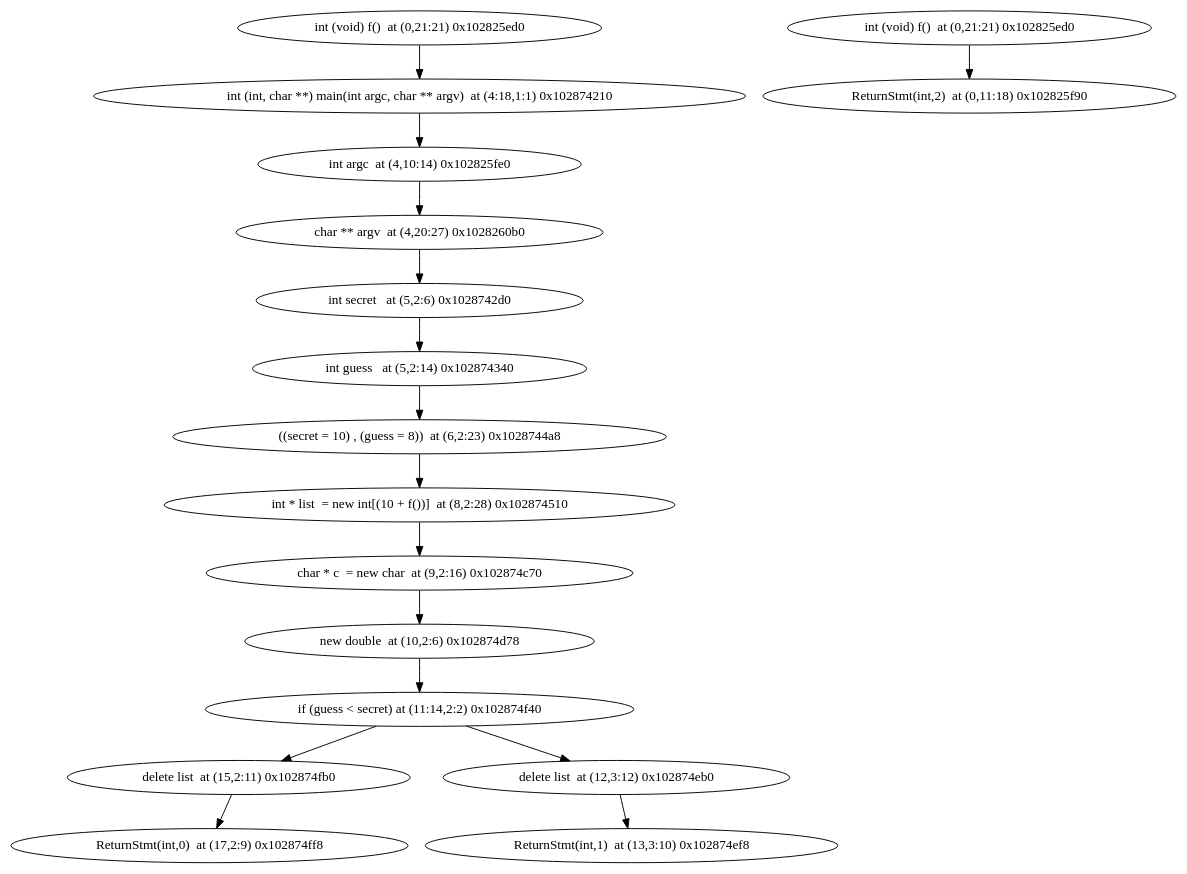
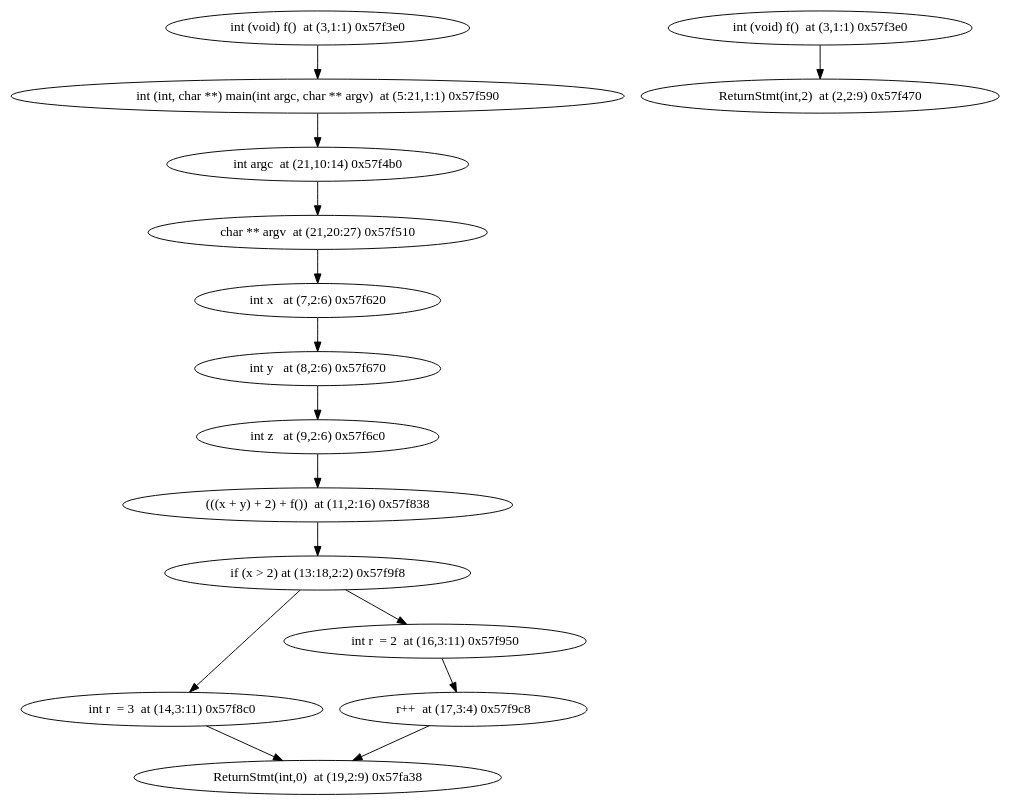
One commit to jxw1102/Projet-merou changed the diagram in ModelChecker/unitary_tests/Model_checker/test.dot. Above: the diagram before and after it, drawn with Graphviz. The commit also changed 10 other files, not shown here.

```diff
--- a/ModelChecker/unitary_tests/Model_checker/test.dot
+++ b/ModelChecker/unitary_tests/Model_checker/test.dot
@@ -1,20 +1,19 @@
 digraph {
-{main0x102825ed0 [label="int (void) f()  at (0,21:21) 0x102825ed0"]} -> {main0x102874210 [label="int (int, char **) main(int argc, char ** argv)  at (4:18,1:1) 0x102874210"]}
-{main0x102874210 [label="int (int, char **) main(int argc, char ** argv)  at (4:18,1:1) 0x102874210"]} -> {main0x102825fe0 [label="int argc  at (4,10:14) 0x102825fe0"]}
-{main0x102825fe0 [label="int argc  at (4,10:14) 0x102825fe0"]} -> {main0x1028260b0 [label="char ** argv  at (4,20:27) 0x1028260b0"]}
-{main0x1028260b0 [label="char ** argv  at (4,20:27) 0x1028260b0"]} -> {main0x1028742d0 [label="int secret   at (5,2:6) 0x1028742d0"]}
-{main0x1028742d0 [label="int secret   at (5,2:6) 0x1028742d0"]} -> {main0x102874340 [label="int guess   at (5,2:14) 0x102874340"]}
-{main0x102874340 [label="int guess   at (5,2:14) 0x102874340"]} -> {main0x1028744a8 [label="((secret = 10) , (guess = 8))  at (6,2:23) 0x1028744a8"]}
-{main0x1028744a8 [label="((secret = 10) , (guess = 8))  at (6,2:23) 0x1028744a8"]} -> {main0x102874510 [label="int * list  = new int[(10 + f())]  at (8,2:28) 0x102874510"]}
-{main0x102874510 [label="int * list  = new int[(10 + f())]  at (8,2:28) 0x102874510"]} -> {main0x102874c70 [label="char * c  = new char  at (9,2:16) 0x102874c70"]}
-{main0x102874c70 [label="char * c  = new char  at (9,2:16) 0x102874c70"]} -> {main0x102874d78 [label="new double  at (10,2:6) 0x102874d78"]}
-{main0x102874d78 [label="new double  at (10,2:6) 0x102874d78"]} -> {main0x102874f40 [label="if (guess < secret) at (11:14,2:2) 0x102874f40"]}
-{main0x102874f40 [label="if (guess < secret) at (11:14,2:2) 0x102874f40"]} -> {main0x102874fb0 [label="delete list  at (15,2:11) 0x102874fb0"]}
-{main0x102874f40 [label="if (guess < secret) at (11:14,2:2) 0x102874f40"]} -> {main0x102874eb0 [label="delete list  at (12,3:12) 0x102874eb0"]}
-{main0x102874fb0 [label="delete list  at (15,2:11) 0x102874fb0"]} -> {main0x102874ff8 [label="ReturnStmt(int,0)  at (17,2:9) 0x102874ff8"]}
-{main0x102874ff8 [label="ReturnStmt(int,0)  at (17,2:9) 0x102874ff8"]}
-{main0x102874eb0 [label="delete list  at (12,3:12) 0x102874eb0"]} -> {main0x102874ef8 [label="ReturnStmt(int,1)  at (13,3:10) 0x102874ef8"]}
-{main0x102874ef8 [label="ReturnStmt(int,1)  at (13,3:10) 0x102874ef8"]}
-{f0x102825ed0 [label="int (void) f()  at (0,21:21) 0x102825ed0"]} -> {f0x102825f90 [label="ReturnStmt(int,2)  at (0,11:18) 0x102825f90"]}
-{f0x102825f90 [label="ReturnStmt(int,2)  at (0,11:18) 0x102825f90"]}
+{main0x57f3e0 [label="int (void) f()  at (3,1:1) 0x57f3e0"]} -> {main0x57f590 [label="int (int, char **) main(int argc, char ** argv)  at (5:21,1:1) 0x57f590"]}
+{main0x57f590 [label="int (int, char **) main(int argc, char ** argv)  at (5:21,1:1) 0x57f590"]} -> {main0x57f4b0 [label="int argc  at (21,10:14) 0x57f4b0"]}
+{main0x57f4b0 [label="int argc  at (21,10:14) 0x57f4b0"]} -> {main0x57f510 [label="char ** argv  at (21,20:27) 0x57f510"]}
+{main0x57f510 [label="char ** argv  at (21,20:27) 0x57f510"]} -> {main0x57f620 [label="int x   at (7,2:6) 0x57f620"]}
+{main0x57f620 [label="int x   at (7,2:6) 0x57f620"]} -> {main0x57f670 [label="int y   at (8,2:6) 0x57f670"]}
+{main0x57f670 [label="int y   at (8,2:6) 0x57f670"]} -> {main0x57f6c0 [label="int z   at (9,2:6) 0x57f6c0"]}
+{main0x57f6c0 [label="int z   at (9,2:6) 0x57f6c0"]} -> {main0x57f838 [label="(((x + y) + 2) + f())  at (11,2:16) 0x57f838"]}
+{main0x57f838 [label="(((x + y) + 2) + f())  at (11,2:16) 0x57f838"]} -> {main0x57f9f8 [label="if (x > 2) at (13:18,2:2) 0x57f9f8"]}
+{main0x57f9f8 [label="if (x > 2) at (13:18,2:2) 0x57f9f8"]} -> {main0x57f8c0 [label="int r  = 3  at (14,3:11) 0x57f8c0"]}
+{main0x57f9f8 [label="if (x > 2) at (13:18,2:2) 0x57f9f8"]} -> {main0x57f950 [label="int r  = 2  at (16,3:11) 0x57f950"]}
+{main0x57f8c0 [label="int r  = 3  at (14,3:11) 0x57f8c0"]} -> {main0x57fa38 [label="ReturnStmt(int,0)  at (19,2:9) 0x57fa38"]}
+{main0x57fa38 [label="ReturnStmt(int,0)  at (19,2:9) 0x57fa38"]}
+{main0x57f950 [label="int r  = 2  at (16,3:11) 0x57f950"]} -> {main0x57f9c8 [label="r++  at (17,3:4) 0x57f9c8"]}
+{main0x57f9c8 [label="r++  at (17,3:4) 0x57f9c8"]} -> {main0x57fa38 [label="ReturnStmt(int,0)  at (19,2:9) 0x57fa38"]}
+{main0x57fa38 [label="ReturnStmt(int,0)  at (19,2:9) 0x57fa38"]}
+{f0x57f3e0 [label="int (void) f()  at (3,1:1) 0x57f3e0"]} -> {f0x57f470 [label="ReturnStmt(int,2)  at (2,2:9) 0x57f470"]}
+{f0x57f470 [label="ReturnStmt(int,2)  at (2,2:9) 0x57f470"]}
 }
```
